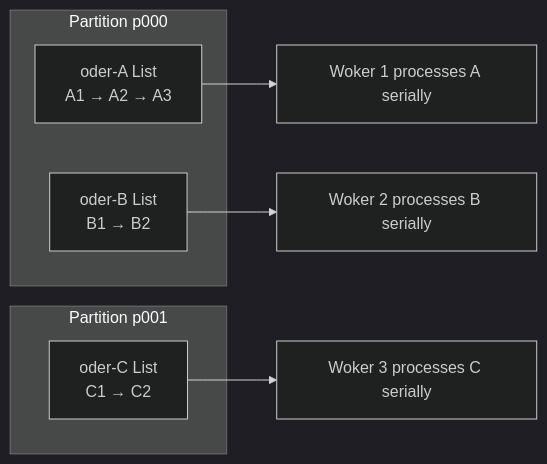
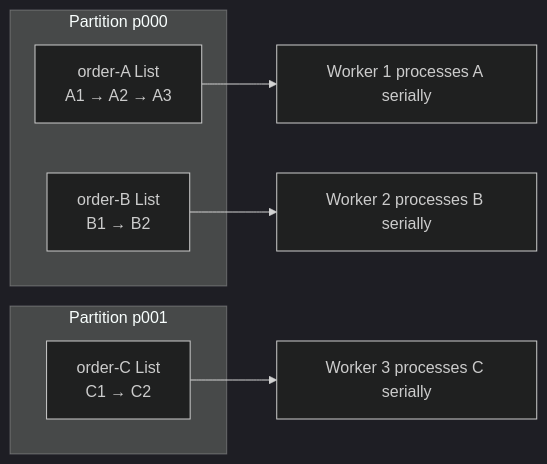
One commit to retail-ai-inc/beanq changed the seventh of 7 diagrams in README.md. Above: the diagram before and after it, drawn with Mermaid (dark theme). The commit also changed other lines of this file, not shown here.

````diff
--- a/README.md
+++ b/README.md
@@ -318,13 +318,13 @@
 ```mermaid
 flowchart LR
     subgraph P0[Partition p000]
-        A1[oder-A List<br/>A1 → A2 → A3]
-        B1[oder-B List<br/>B1 → B2]
+        A1[order-A List<br/>A1 → A2 → A3]
+        B1[order-B List<br/>B1 → B2]
     end
     subgraph P1[Partition p001]
-        C1[oder-C List<br/>C1 → C2]
+        C1[order-C List<br/>C1 → C2]
     end
-    A1 --> W1[Woker 1 processes A serially]
-    B1 --> W2[Woker 2 processes B serially]
-    C1 --> W3[Woker 3 processes C serially]
+    A1 --> W1[Worker 1 processes A serially]
+    B1 --> W2[Worker 2 processes B serially]
+    C1 --> W3[Worker 3 processes C serially]
 ```
````
